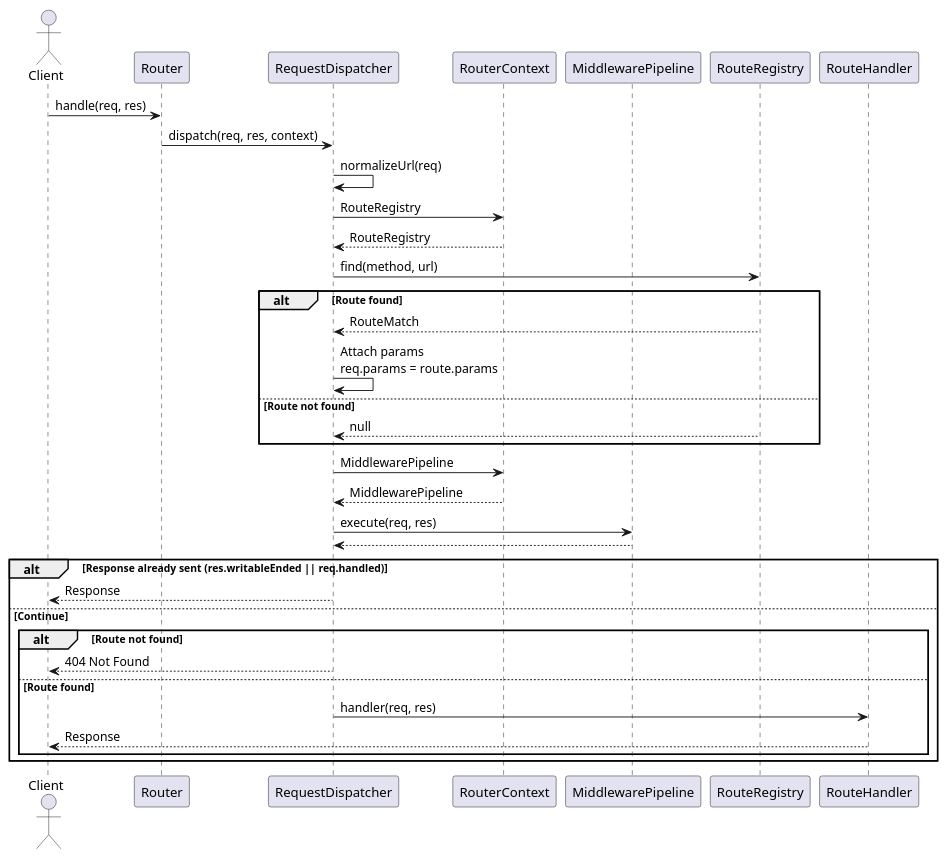
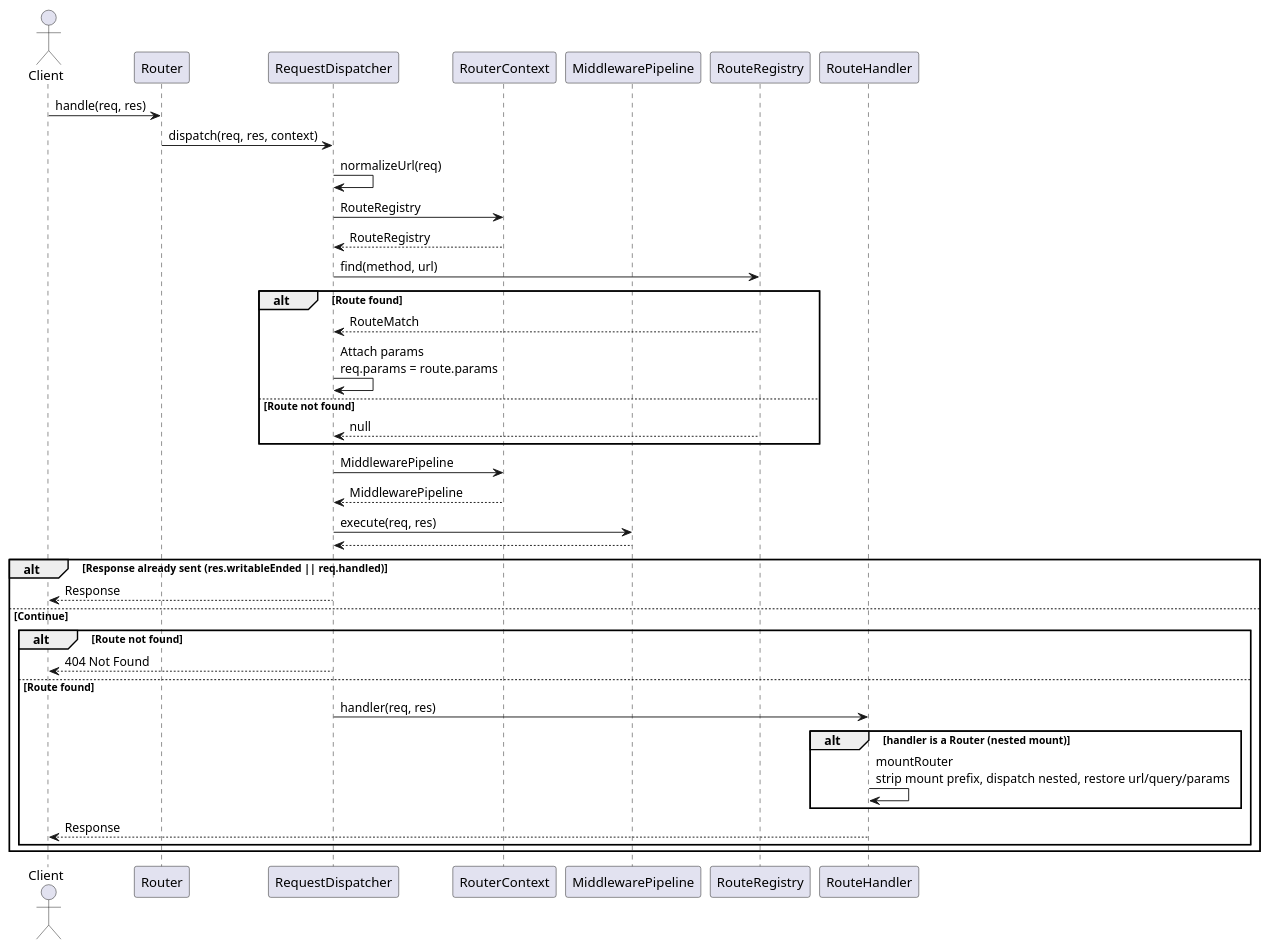
Before and after one commit to Ali-Wael-Hassan/duck-node-router: the diagram in docs/sequence diagrams/overview-sequence.puml, drawn with PlantUML. The commit also changed 5 other files, not shown here.

```diff
--- a/docs/sequence diagrams/overview-sequence.puml
+++ b/docs/sequence diagrams/overview-sequence.puml
@@ -1,46 +1,49 @@
 @startuml High-level Overview
 
 actor Client
 
 participant Router
 participant RequestDispatcher
 participant RouterContext
 participant MiddlewarePipeline
 participant RouteRegistry
 participant RouteHandler
 
 Client -> Router : handle(req, res)
 
 Router -> RequestDispatcher : dispatch(req, res, context)
 
 RequestDispatcher -> RequestDispatcher : normalizeUrl(req)
 
 RequestDispatcher -> RouterContext : RouteRegistry
 RouterContext --> RequestDispatcher : RouteRegistry
 
 RequestDispatcher -> RouteRegistry : find(method, url)
 alt Route found
     RouteRegistry --> RequestDispatcher : RouteMatch
     RequestDispatcher -> RequestDispatcher : Attach params\nreq.params = route.params
 else Route not found
     RouteRegistry --> RequestDispatcher : null
 end
 
 RequestDispatcher -> RouterContext : MiddlewarePipeline
 RouterContext --> RequestDispatcher : MiddlewarePipeline
 
 RequestDispatcher -> MiddlewarePipeline : execute(req, res)
 MiddlewarePipeline --> RequestDispatcher
 
 alt Response already sent (res.writableEnded || req.handled)
     RequestDispatcher --> Client : Response
 else Continue
     alt Route not found
         RequestDispatcher --> Client : 404 Not Found
     else Route found
         RequestDispatcher -> RouteHandler : handler(req, res)
+        alt handler is a Router (nested mount)
+            RouteHandler -> RouteHandler : mountRouter\nstrip mount prefix, dispatch nested, restore url/query/params
+        end
         RouteHandler --> Client : Response
     end
 end
 
 @enduml
```
